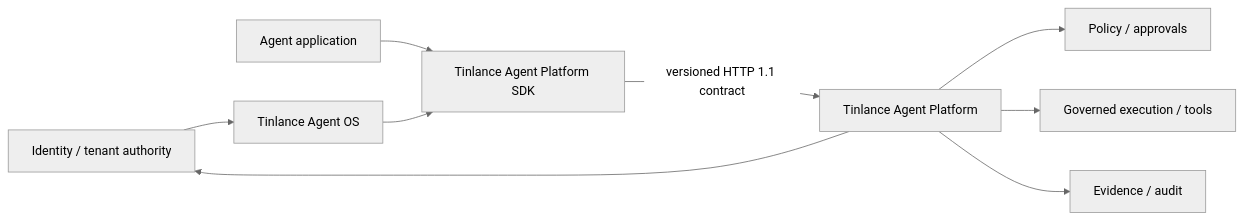
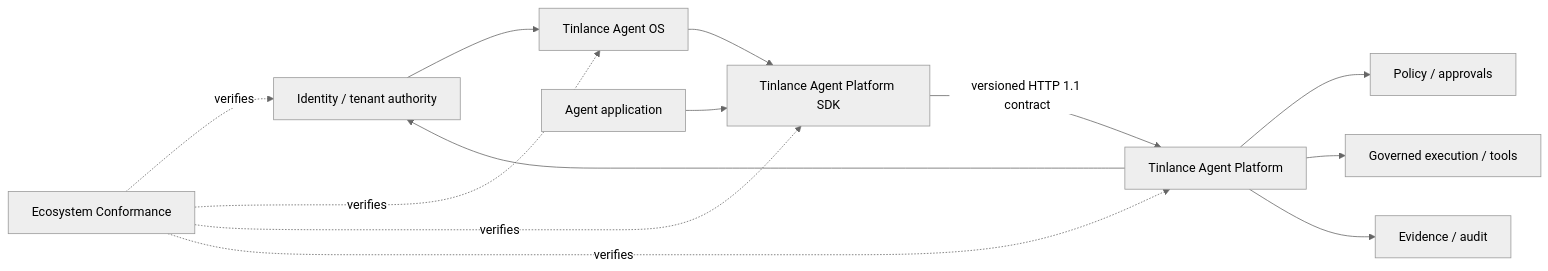
One commit to LloydCoder/tinlance-agent-platform-sdk changed the diagram in README.md. Above: the diagram before and after it, drawn with Mermaid (neutral theme). The commit also changed other lines of this file and 2 other files, not shown here.

Commit message:
docs: reconcile ecosystem conformance (#28)
* docs: add ecosystem conformance reference

* docs: reconcile ecosystem conformance flow

* docs: surface ecosystem conformance

* docs: reconcile SDK ecosystem flowchart

```diff
--- a/README.md
+++ b/README.md
@@ -20,11 +20,15 @@
 ~~~mermaid
 flowchart LR
     D[Tinlance Agent Developer] --> O[Tinlance Agent OS]
     A[Agent application] --> B[Tinlance Agent Platform SDK]
     O --> B
     B -->|versioned HTTP 1.1 contract| C[Tinlance Agent Platform]
     C --> D[Identity / tenant authority]
     C --> E[Policy / approvals]
     C --> F[Governed execution / tools]
     C --> G[Evidence / audit]
+    X[Ecosystem Conformance] -. verifies .-> D
+    X -. verifies .-> O
+    X -. verifies .-> B
+    X -. verifies .-> C
 ~~~
```
